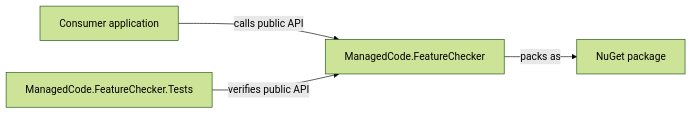
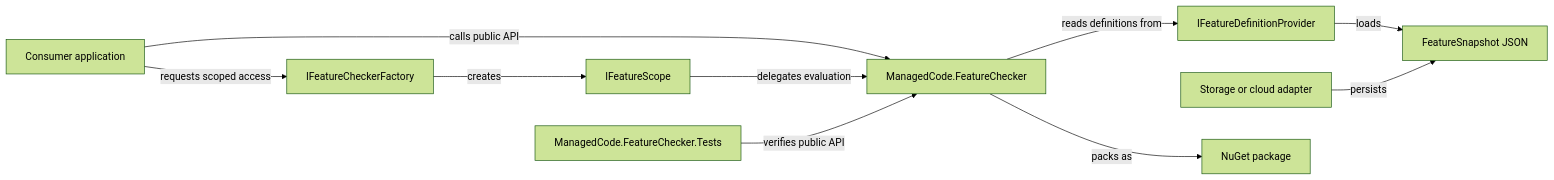
One commit to managedcode/FeatureChecker changed the first of 3 diagrams in docs/Architecture.md. Above: the diagram before and after it, drawn with Mermaid (forest theme). The commit also changed other lines of this file and 257 other files, not shown here.

First line of the commit message:
Fix FeatureChecker agent commands

````diff
--- a/docs/Architecture.md
+++ b/docs/Architecture.md
@@ -23,11 +24,22 @@
 ```mermaid
 flowchart LR
   Consumer["Consumer application"]
   Library["ManagedCode.FeatureChecker"]
+  Provider["IFeatureDefinitionProvider"]
+  Factory["IFeatureCheckerFactory"]
+  Scope["IFeatureScope"]
+  Snapshot["FeatureSnapshot JSON"]
+  Storage["Storage or cloud adapter"]
   Tests["ManagedCode.FeatureChecker.Tests"]
   Package["NuGet package"]
 
   Consumer -->|"calls public API"| Library
+  Consumer -->|"requests scoped access"| Factory
+  Factory -->|"creates"| Scope
+  Scope -->|"delegates evaluation"| Library
+  Library -->|"reads definitions from"| Provider
+  Provider -->|"loads"| Snapshot
+  Storage -->|"persists"| Snapshot
   Tests -->|"verifies public API"| Library
   Library -->|"packs as"| Package
 ```
````
